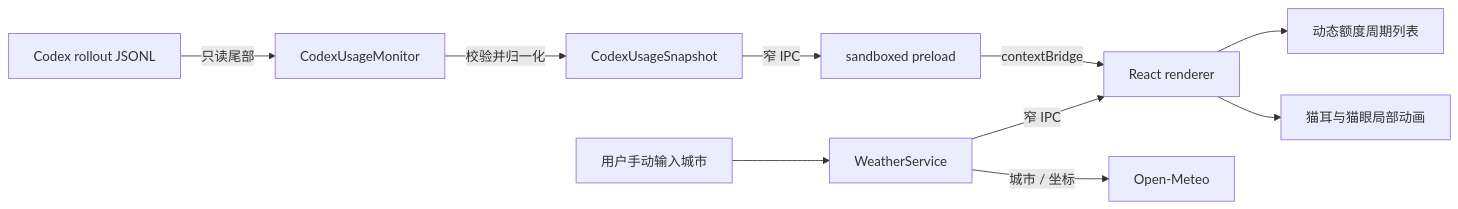
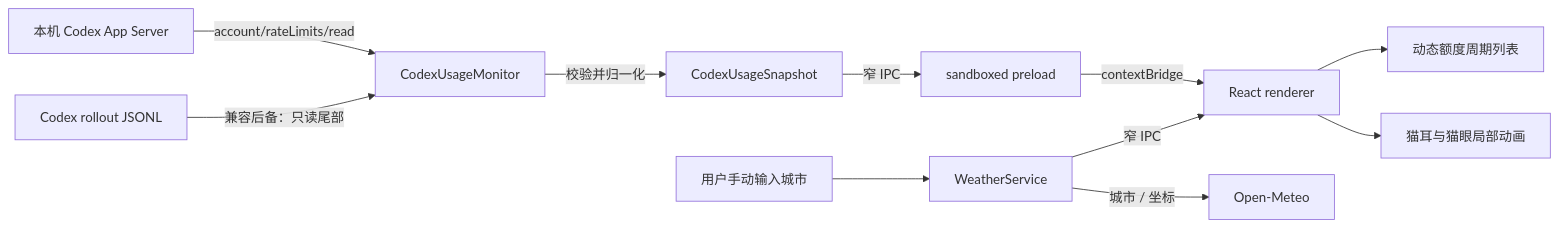
Before and after one commit to shamikabeike/CodexPet: the diagram in docs/ARCHITECTURE.md, drawn with Mermaid. The commit also changed other lines of this file and 23 other files, not shown here.

````diff
--- a/docs/ARCHITECTURE.md
+++ b/docs/ARCHITECTURE.md
@@ -11,12 +11,13 @@
 ```mermaid
 flowchart LR
-    A["Codex rollout JSONL"] -->|"只读尾部"| B["CodexUsageMonitor"]
+    A["本机 Codex App Server"] -->|"account/rateLimits/read"| B["CodexUsageMonitor"]
+    A2["Codex rollout JSONL"] -->|"兼容后备：只读尾部"| B
     B -->|"校验并归一化"| C["CodexUsageSnapshot"]
     C -->|"窄 IPC"| D["sandboxed preload"]
     D -->|"contextBridge"| E["React renderer"]
     E --> F["动态额度周期列表"]
     E --> G["猫耳与猫眼局部动画"]
     H["用户手动输入城市"] --> I["WeatherService"]
     I -->|"城市 / 坐标"| J["Open-Meteo"]
     I -->|"窄 IPC"| E
 ```
````
